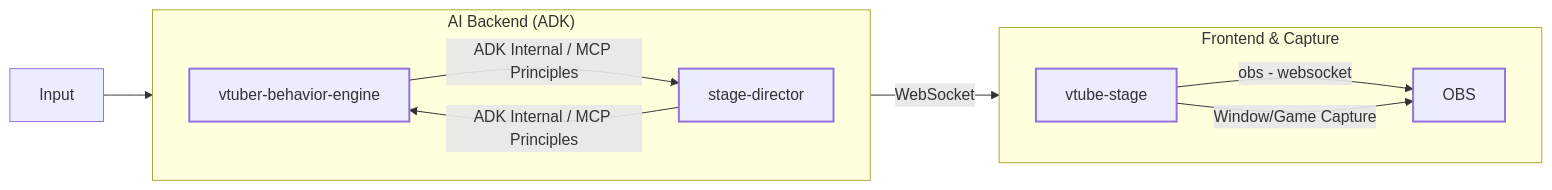
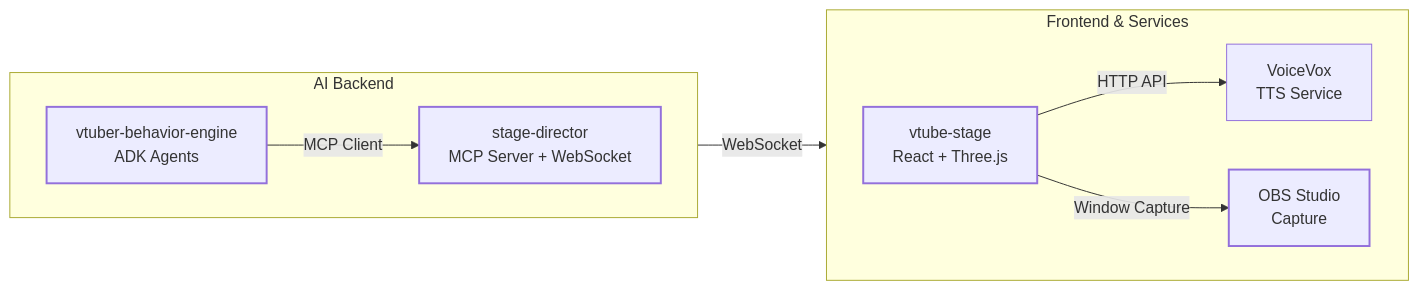
Before and after one commit to LongbowXXX/ai-tuber: the first of 2 diagrams in docs/architecture.md, drawn with Mermaid. The commit also changed other lines of this file and 3 other files, not shown here.

First line of the commit message:
Enhance documentation for Stage Director and VTuber Behavior Engine

````diff
--- a/docs/architecture.md
+++ b/docs/architecture.md
@@ -49,25 +49,24 @@
 ```mermaid
 graph LR
-    subgraph "AI Backend (ADK)"
+    subgraph "AI Backend"
         direction LR
-        VBE[vtuber-behavior-engine]
-        SD[stage-director]
+        VBE[vtuber-behavior-engine<br/>ADK Agents]
+        SD[stage-director<br/>MCP Server + WebSocket]
     end
 
-    subgraph "Frontend & Capture"
+    subgraph "Frontend & Services"
         direction LR
-        VS[vtube-stage]
-        OBS
+        VS[vtube-stage<br/>React + Three.js]
+        VV[VoiceVox<br/>TTS Service]
+        OBS[OBS Studio<br/>Capture]
     end
 
-    Input --> SD;
-    SD -- ADK Internal / MCP Principles --> VBE;
-    VBE -- ADK Internal / MCP Principles --> SD;
+    VBE -- MCP Client --> SD;
     SD -- WebSocket --> VS;
-    VS -- obs - websocket --> OBS;
-    VS -- Window/Game Capture --> OBS;
+    VS -- HTTP API --> VV;
+    VS -- Window Capture --> OBS;
     style VBE stroke-width: 2px
     style SD stroke-width: 2px
     style VS stroke-width: 2px
     style OBS stroke-width: 2px
 ```
````
